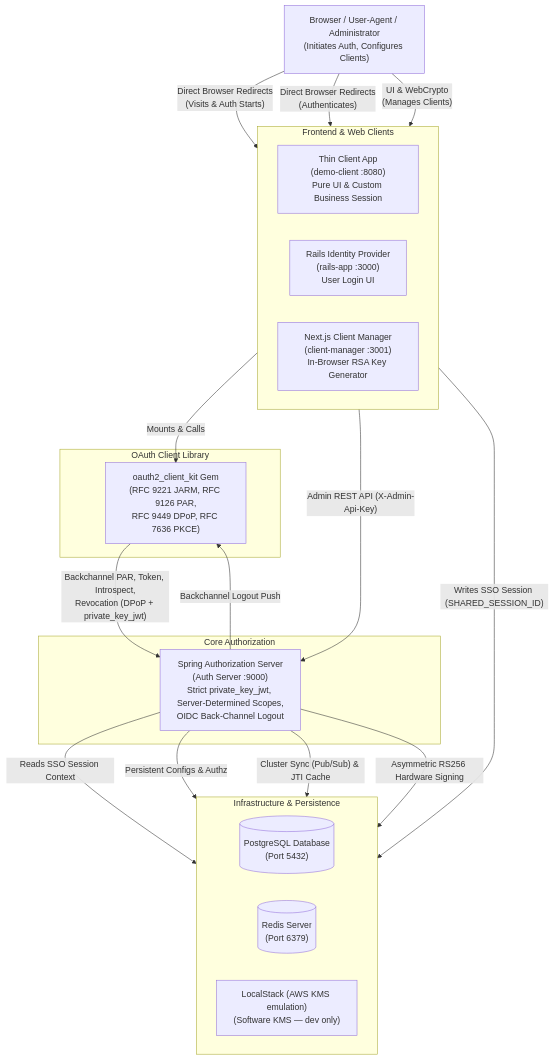
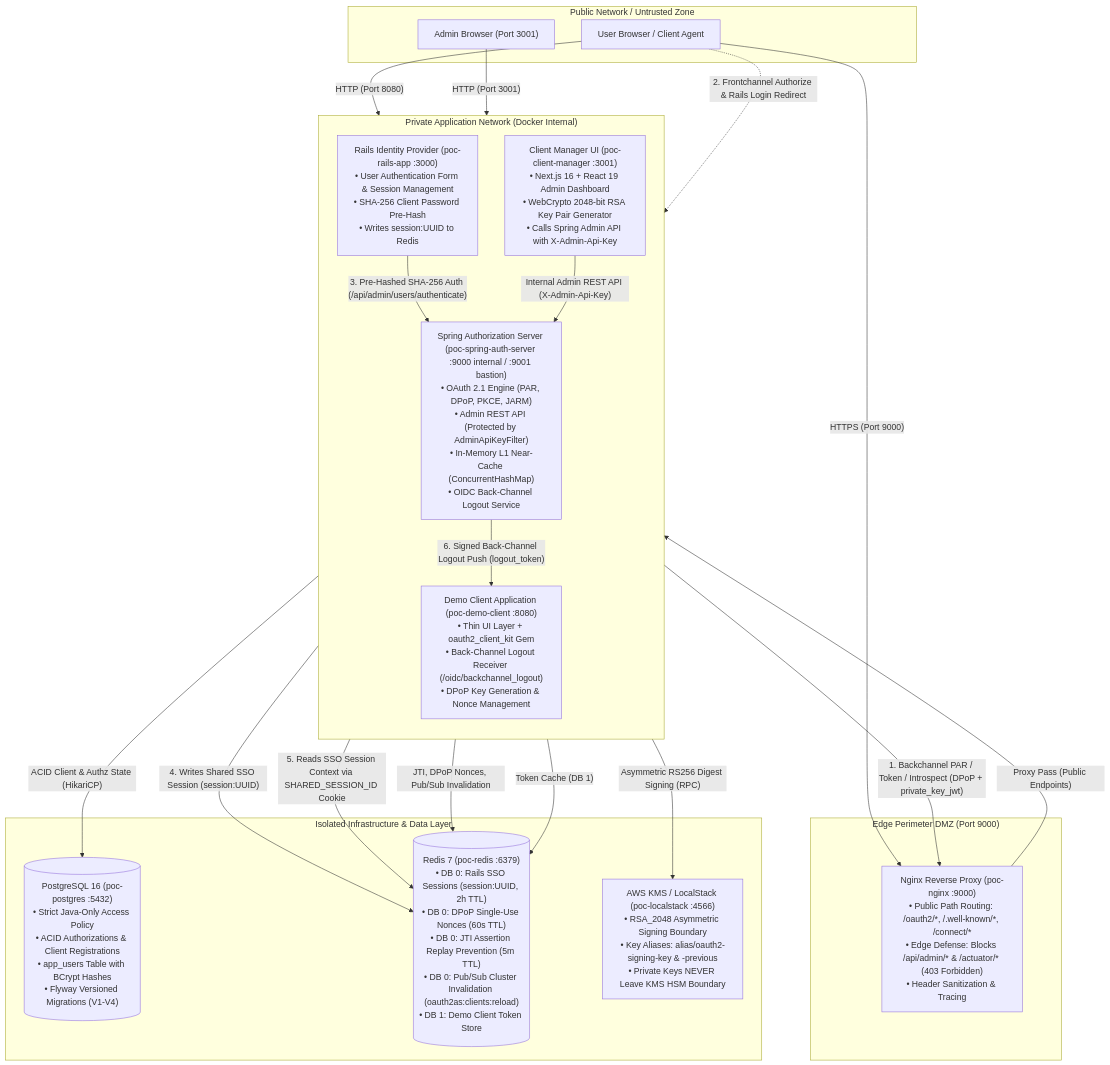
The first of 6 diagrams in README.md (shoeyn/oauth-server), drawn with Mermaid before and after one commit. The commit also changed other lines of this file and 10 other files, not shown here.

````diff
--- a/README.md
+++ b/README.md
@@ -35,46 +74,48 @@
 ```mermaid
-graph TD
-    %% Nodes
-    Browser["Browser / User-Agent / Administrator<br/>(Initiates Auth, Configures Clients)"]
-    
-    subgraph Web_Tier["Frontend & Web Clients"]
-        direction LR
-        ThinClient["Thin Client App<br/>(demo-client :8080)<br/>Pure UI & Custom Business Session"]
-        RailsIdp["Rails Identity Provider<br/>(rails-app :3000)<br/>User Login UI"]
-        ClientManager["Next.js Client Manager<br/>(client-manager :3001)<br/>In-Browser RSA Key Generator"]
+flowchart TD
+    subgraph Internet ["Public Network / Untrusted Zone"]
+        UserBrowser["User Browser / Client Agent"]
+        AdminBrowser["Admin Browser (Port 3001)"]
     end
-    
-    subgraph Client_Library["OAuth Client Library"]
-        Gem["oauth2_client_kit Gem<br/>(RFC 9221 JARM, RFC 9126 PAR,<br/>RFC 9449 DPoP, RFC 7636 PKCE)"]
+
+    subgraph DMZ ["Edge Perimeter DMZ (Port 9000)"]
+        Nginx["Nginx Reverse Proxy (poc-nginx :9000)<br/>• Public Path Routing: /oauth2/*, /.well-known/*, /connect/*<br/>• Edge Defense: Blocks /api/admin/* & /actuator/* (403 Forbidden)<br/>• Header Sanitization & Tracing"]
     end
-    
-    subgraph Core_Auth["Core Authorization"]
-        SpringAS["Spring Authorization Server<br/>(Auth Server :9000)<br/>Strict private_key_jwt, Server-Determined Scopes,<br/>OIDC Back-Channel Logout"]
+
+    subgraph AppNet ["Private Application Network (Docker Internal)"]
+        direction TB
+        SpringAS["Spring Authorization Server (poc-spring-auth-server :9000 internal / :9001 bastion)<br/>• OAuth 2.1 Engine (PAR, DPoP, PKCE, JARM)<br/>• Admin REST API (Protected by AdminApiKeyFilter)<br/>• In-Memory L1 Near-Cache (ConcurrentHashMap)<br/>• OIDC Back-Channel Logout Service"]
+        RailsIdp["Rails Identity Provider (poc-rails-app :3000)<br/>• User Authentication Form & Session Management<br/>• SHA-256 Client Password Pre-Hash<br/>• Writes session:UUID to Redis"]
+        DemoClient["Demo Client Application (poc-demo-client :8080)<br/>• Thin UI Layer + oauth2_client_kit Gem<br/>• Back-Channel Logout Receiver (/oidc/backchannel_logout)<br/>• DPoP Key Generation & Nonce Management"]
+        ClientManager["Client Manager UI (poc-client-manager :3001)<br/>• Next.js 16 + React 19 Admin Dashboard<br/>• WebCrypto 2048-bit RSA Key Pair Generator<br/>• Calls Spring Admin API with X-Admin-Api-Key"]
     end
-    
-    subgraph Data_Tier["Infrastructure & Persistence"]
-        direction LR
-        Postgres[("PostgreSQL Database<br/>(Port 5432)")]
-        Redis[("Redis Server<br/>(Port 6379)")]
-        KMS["LocalStack (AWS KMS emulation)<br/>(Software KMS — dev only)"]
+
+    subgraph DataNet ["Isolated Infrastructure & Data Layer"]
+        Postgres[("PostgreSQL 16 (poc-postgres :5432)<br/>• Strict Java-Only Access Policy<br/>• ACID Authorizations & Client Registrations<br/>• app_users Table with BCrypt Hashes<br/>• Flyway Versioned Migrations (V1-V4)")]
+        Redis[("Redis 7 (poc-redis :6379)<br/>• DB 0: Rails SSO Sessions (session:UUID, 2h TTL)<br/>• DB 0: DPoP Single-Use Nonces (60s TTL)<br/>• DB 0: JTI Assertion Replay Prevention (5m TTL)<br/>• DB 0: Pub/Sub Cluster Invalidation (oauth2as:clients:reload)<br/>• DB 1: Demo Client Token Store")]
+        KMS["AWS KMS / LocalStack (poc-localstack :4566)<br/>• RSA_2048 Asymmetric Signing Boundary<br/>• Key Aliases: alias/oauth2-signing-key & -previous<br/>• Private Keys NEVER Leave KMS HSM Boundary"]
     end
-    
-    %% Relationships
-    Browser -- "Direct Browser Redirects<br/>(Visits & Auth Starts)" --> ThinClient
-    Browser -- "Direct Browser Redirects<br/>(Authenticates)" --> RailsIdp
-    Browser -- "UI & WebCrypto<br/>(Manages Clients)" --> ClientManager
-    
-    ThinClient -- "Mounts & Calls" --> Gem
-    
-    Gem -- "Backchannel PAR, Token, Introspect,<br/>Revocation (DPoP + private_key_jwt)" --> SpringAS
-    SpringAS -- "Backchannel Logout Push" --> Gem
-    
-    RailsIdp -- "Writes SSO Session (SHARED_SESSION_ID)" --> Redis
-    SpringAS -- "Reads SSO Session Context" --> Redis
-    
-    ClientManager -- "Admin REST API (X-Admin-Api-Key)" --> SpringAS
-    
-    SpringAS -- "Persistent Configs & Authz" --> Postgres
-    SpringAS -- "Cluster Sync (Pub/Sub) & JTI Cache" --> Redis
-    SpringAS -- "Asymmetric RS256 Hardware Signing" --> KMS
+
+    %% External traffic
+    UserBrowser -->|"HTTPS (Port 9000)"| Nginx
+    UserBrowser -->|"HTTP (Port 8080)"| DemoClient
+    AdminBrowser -->|"HTTP (Port 3001)"| ClientManager
+
+    %% Edge Proxy forwards
+    Nginx -->|"Proxy Pass (Public Endpoints)"| SpringAS
+
+    %% App Interactions
+    DemoClient -->|"1. Backchannel PAR / Token / Introspect (DPoP + private_key_jwt)"| Nginx
+    UserBrowser -.->|"2. Frontchannel Authorize & Rails Login Redirect"| RailsIdp
+    RailsIdp -->|"3. Pre-Hashed SHA-256 Auth (/api/admin/users/authenticate)"| SpringAS
+    RailsIdp -->|"4. Writes Shared SSO Session (session:UUID)"| Redis
+    SpringAS -->|"5. Reads SSO Session Context via SHARED_SESSION_ID Cookie"| Redis
+    SpringAS -->|"6. Signed Back-Channel Logout Push (logout_token)"| DemoClient
+    ClientManager -->|"Internal Admin REST API (X-Admin-Api-Key)"| SpringAS
+
+    %% Persistence
+    SpringAS -->|"ACID Client & Authz State (HikariCP)"| Postgres
+    SpringAS -->|"JTI, DPoP Nonces, Pub/Sub Invalidation"| Redis
+    SpringAS -->|"Asymmetric RS256 Digest Signing (RPC)"| KMS
+    DemoClient -->|"Token Cache (DB 1)"| Redis
 ```
````
